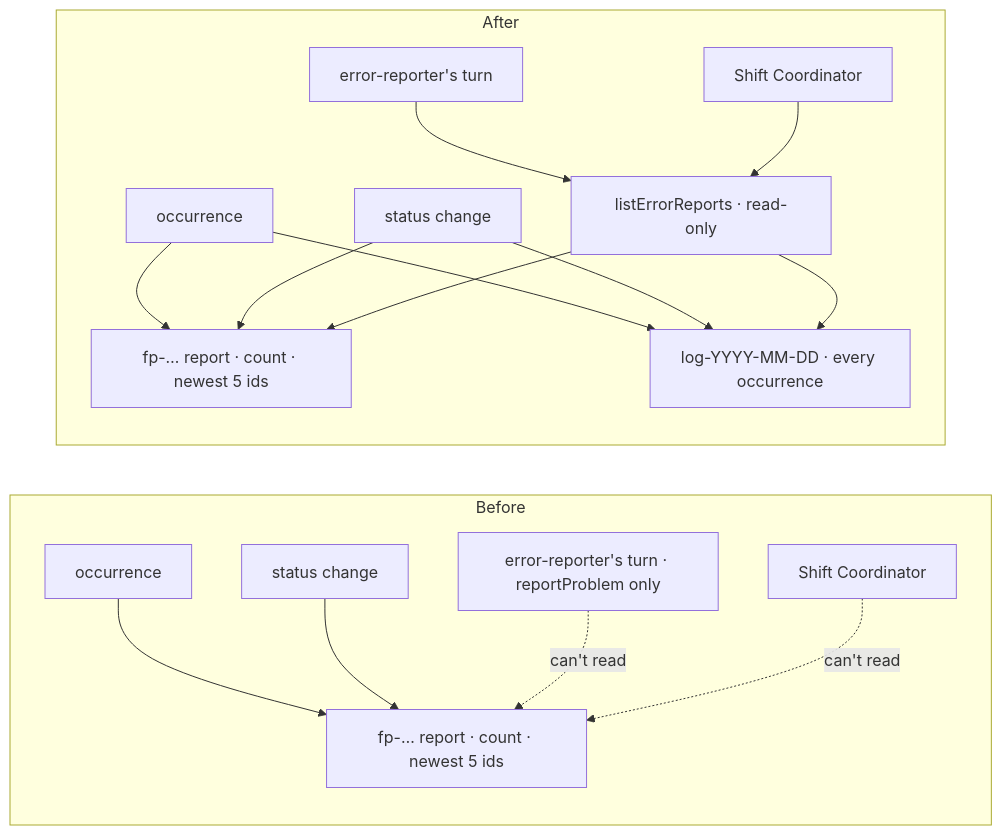
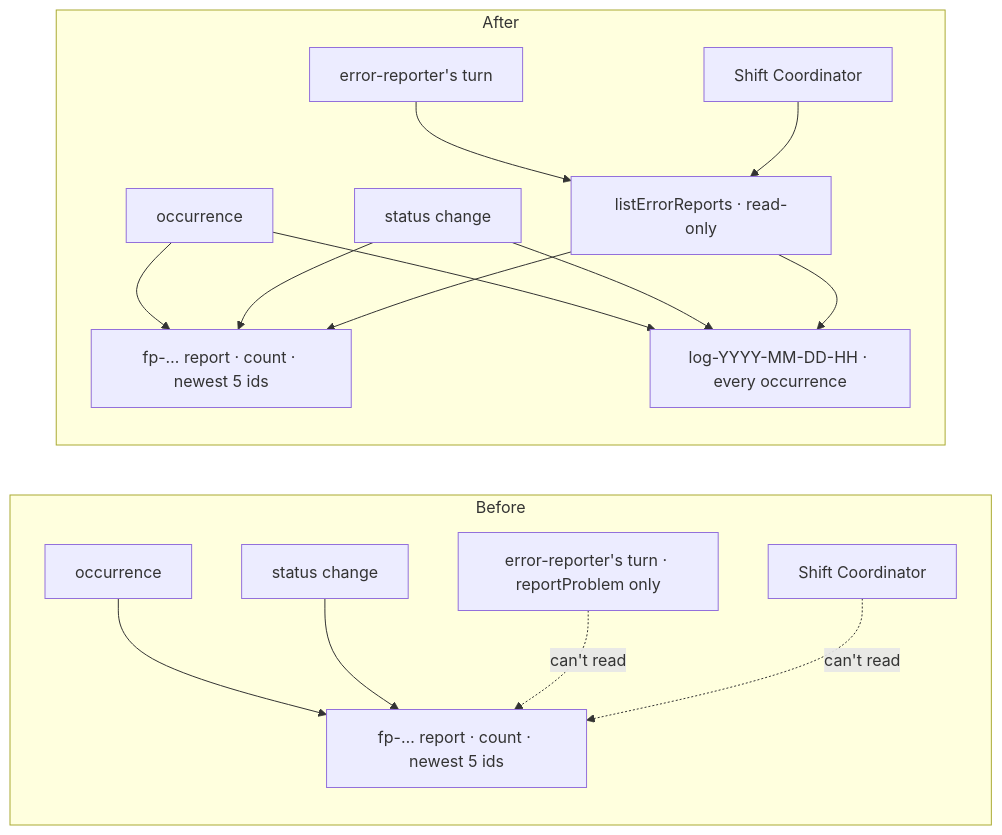
One commit to fixpoint-labs/flow-state-dev changed the second of 3 diagrams in specs/issues/FIX-2793/SPEC.md. Above: the diagram before and after it, drawn with Mermaid. The commit also changed other lines of this file and 3 other files, not shown here.

````diff
--- a/specs/issues/FIX-2793/SPEC.md
+++ b/specs/issues/FIX-2793/SPEC.md
@@ -54,19 +54,19 @@
 ```mermaid
 flowchart LR
   subgraph Before
     O1["occurrence"] --> R1["fp-… report · count · newest 5 ids"]
     S1["status change"] --> R1
     ER1["error-reporter's turn · reportProblem only"] -.->|"can't read"| R1
     SC1["Shift Coordinator"] -.->|"can't read"| R1
   end
   subgraph After
     O2["occurrence"] --> R2["fp-… report · count · newest 5 ids"]
-    O2 --> L2["log-YYYY-MM-DD · every occurrence"]
+    O2 --> L2["log-YYYY-MM-DD-HH · every occurrence"]
     S2["status change"] --> R2
     S2 --> L2
     T2["listErrorReports · read-only"] --> R2
     T2 --> L2
     ER2["error-reporter's turn"] --> T2
     SC2["Shift Coordinator"] --> T2
   end
 ```
````
